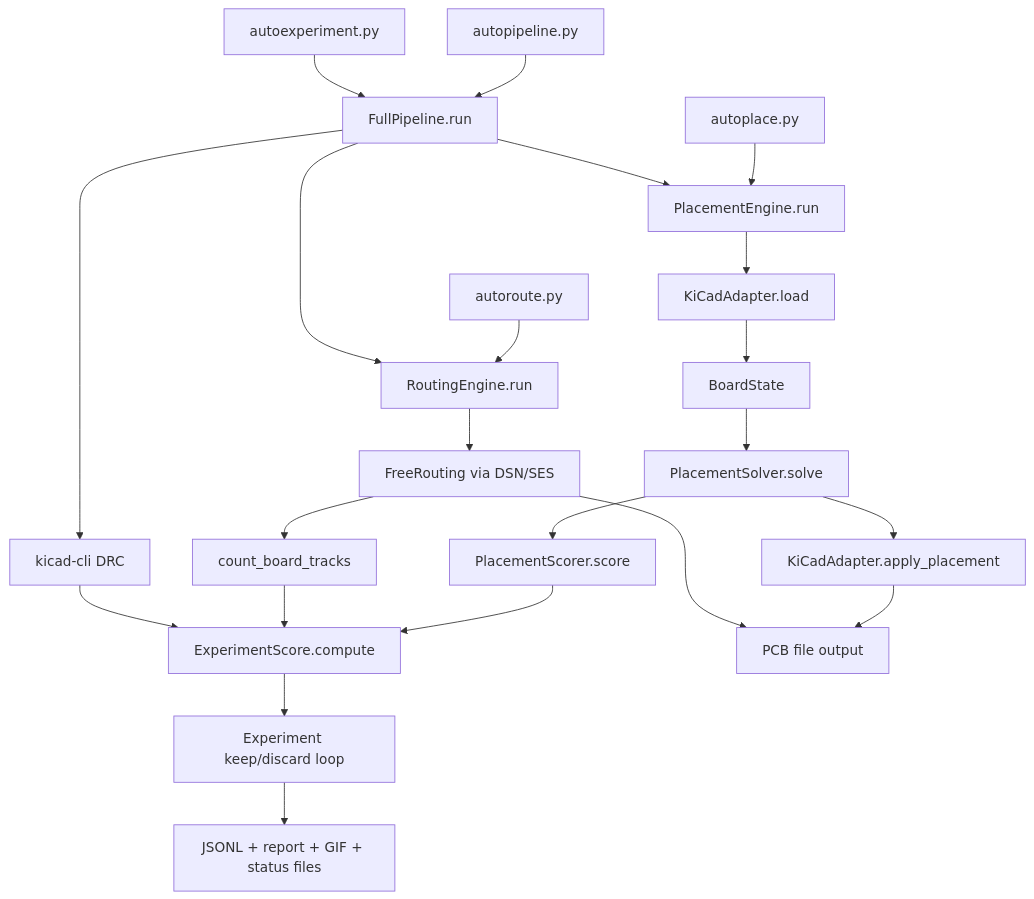
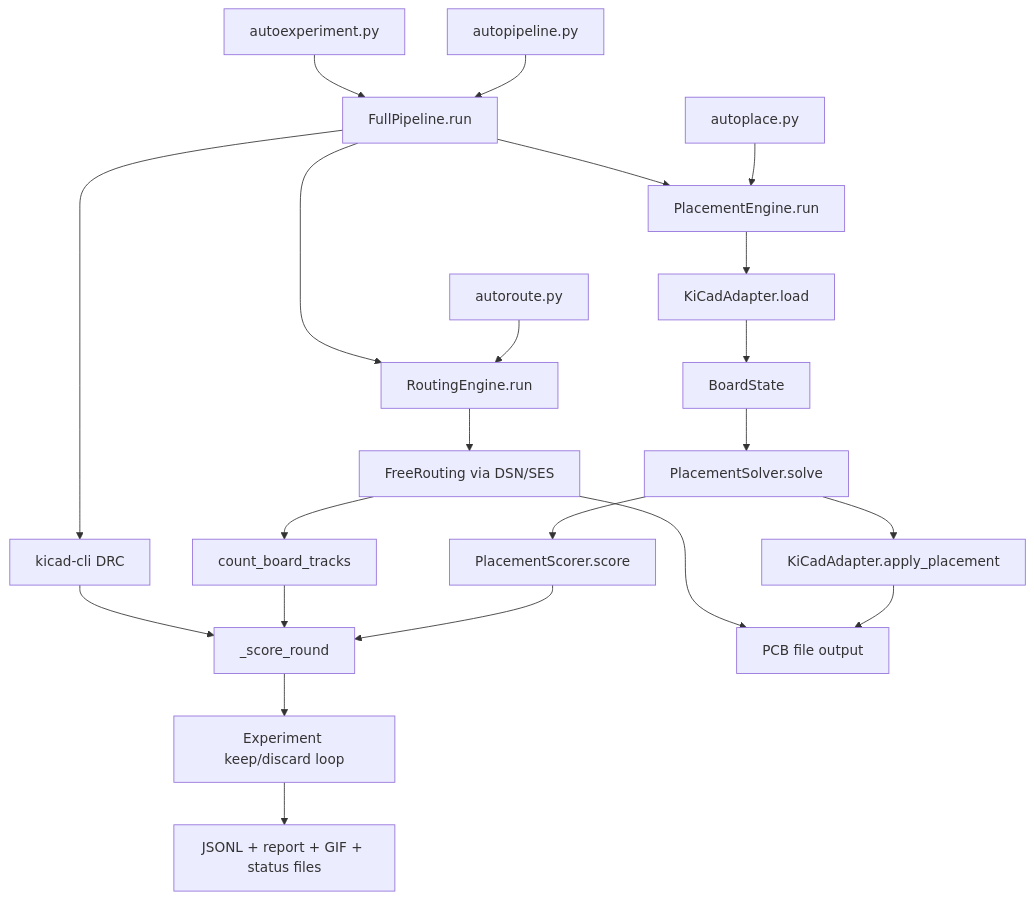
One commit to laforestlabs/LLUPS changed the first of 2 diagrams in docs/architecture.md. Above: the diagram before and after it, drawn with Mermaid. The commit also changed other lines of this file and 2 other files, not shown here.

````diff
--- a/docs/architecture.md
+++ b/docs/architecture.md
@@ -7,29 +7,29 @@
 ```mermaid
 flowchart TD
   autoplaceCli[autoplace.py] --> placementEngine[PlacementEngine.run]
   autorouteCli[autoroute.py] --> routingEngine[RoutingEngine.run]
   autopipelineCli[autopipeline.py] --> fullPipeline[FullPipeline.run]
   autoexperimentCli[autoexperiment.py] --> fullPipeline
 
   fullPipeline --> placementEngine
   fullPipeline --> routingEngine
   fullPipeline --> drcAnalysis[kicad-cli DRC]
 
   placementEngine --> adapterLoad[KiCadAdapter.load]
   adapterLoad --> boardState[BoardState]
   boardState --> placementSolver[PlacementSolver.solve]
   placementSolver --> placementScorer[PlacementScorer.score]
   placementSolver --> applyPlacement[KiCadAdapter.apply_placement]
 
   routingEngine --> freerouting[FreeRouting via DSN/SES]
   freerouting --> countTracks[count_board_tracks]
 
-  placementScorer --> experimentScore[ExperimentScore.compute]
+  placementScorer --> experimentScore[_score_round]
   countTracks --> experimentScore
   drcAnalysis --> experimentScore
 
   applyPlacement --> pcbArtifact[PCB file output]
   freerouting --> pcbArtifact
   experimentScore --> autoexperimentLoop[Experiment keep/discard loop]
   autoexperimentLoop --> artifacts[JSONL + report + GIF + status files]
 ```
````
